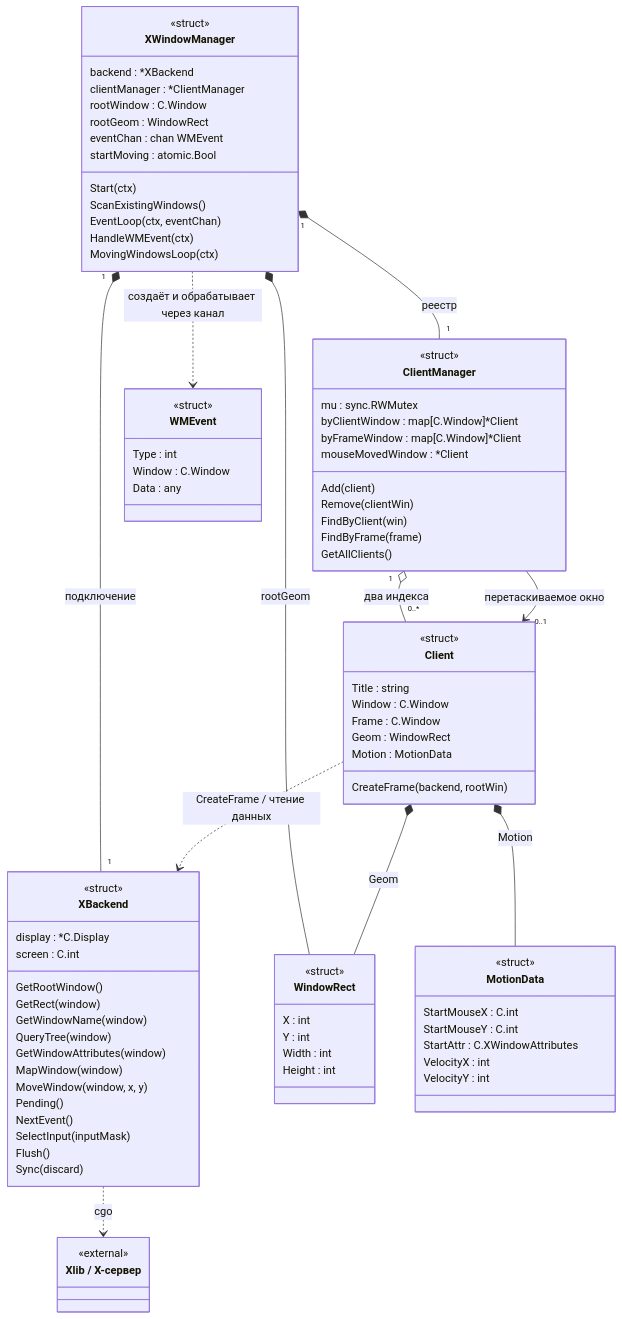
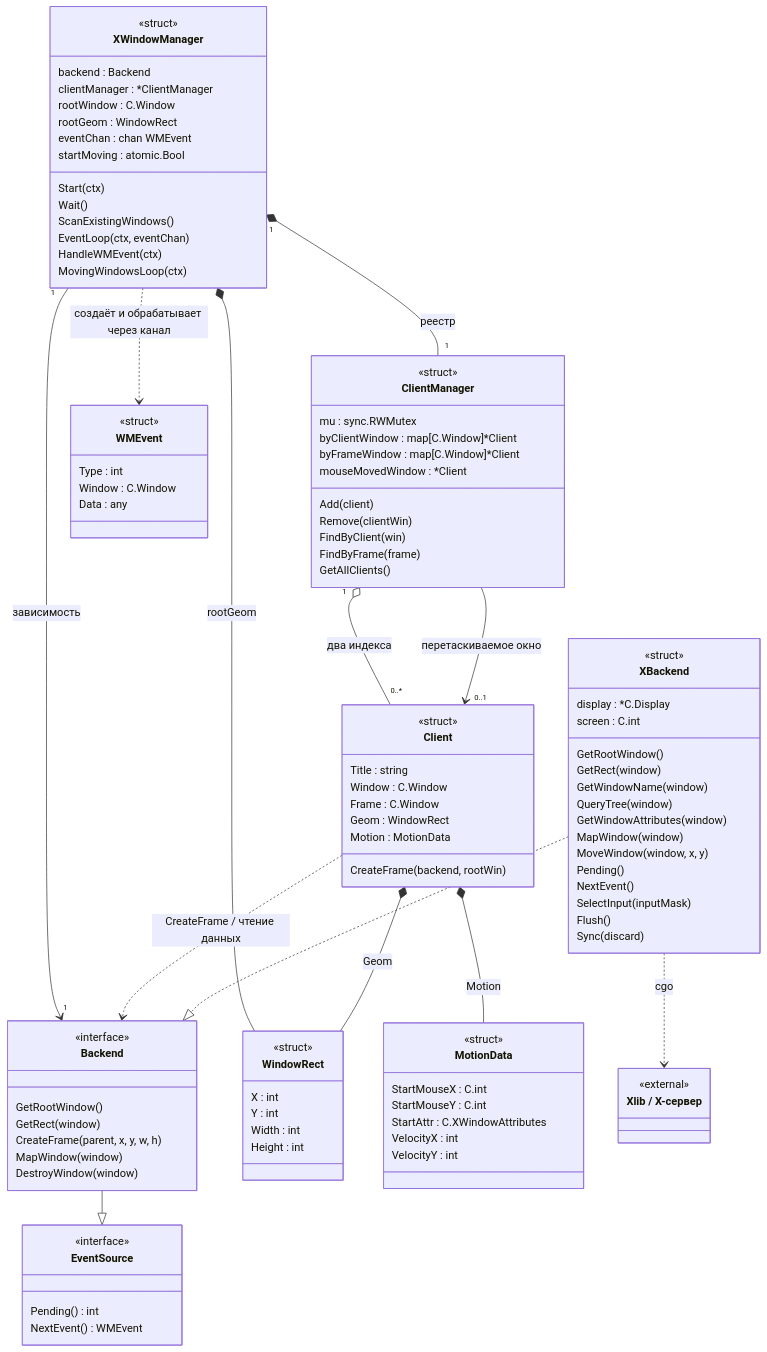
The diagram in README.md (ravenclawprog/gopherwm), drawn with Mermaid before and after one commit. The commit also changed other lines of this file and 11 other files, not shown here.

````diff
--- a/README.md
+++ b/README.md
@@ -94,13 +94,14 @@
 classDiagram
     class XWindowManager {
         <<struct>>
-        backend : *XBackend
+        backend : Backend
         clientManager : *ClientManager
         rootWindow : C.Window
         rootGeom : WindowRect
         eventChan : chan WMEvent
         startMoving : atomic.Bool
         Start(ctx)
+        Wait()
         ScanExistingWindows()
         EventLoop(ctx, eventChan)
         HandleWMEvent(ctx)
@@ -123,6 +124,21 @@
         SelectInput(inputMask)
         Flush()
         Sync(discard)
+    }
+
+    class Backend {
+        <<interface>>
+        GetRootWindow()
+        GetRect(window)
+        CreateFrame(parent, x, y, w, h)
+        MapWindow(window)
+        DestroyWindow(window)
+    }
+
+    class EventSource {
+        <<interface>>
+        Pending() int
+        NextEvent() WMEvent
     }
 
     class ClientManager {
@@ -176,14 +192,16 @@
         <<external>>
     }
 
-    XWindowManager "1" *-- "1" XBackend : подключение
+    XWindowManager "1" --> "1" Backend : зависимость
     XWindowManager "1" *-- "1" ClientManager : реестр
     XWindowManager *-- WindowRect : rootGeom
     ClientManager "1" o-- "0..*" Client : два индекса
     ClientManager --> "0..1" Client : перетаскиваемое окно
     Client *-- WindowRect : Geom
     Client *-- MotionData : Motion
-    Client ..> XBackend : CreateFrame / чтение данных
+    Client ..> Backend : CreateFrame / чтение данных
     XWindowManager ..> WMEvent : создаёт и обрабатывает через канал
+    Backend --|> EventSource
+    XBackend ..|> Backend
     XBackend ..> X11 : cgo
 ```
````
